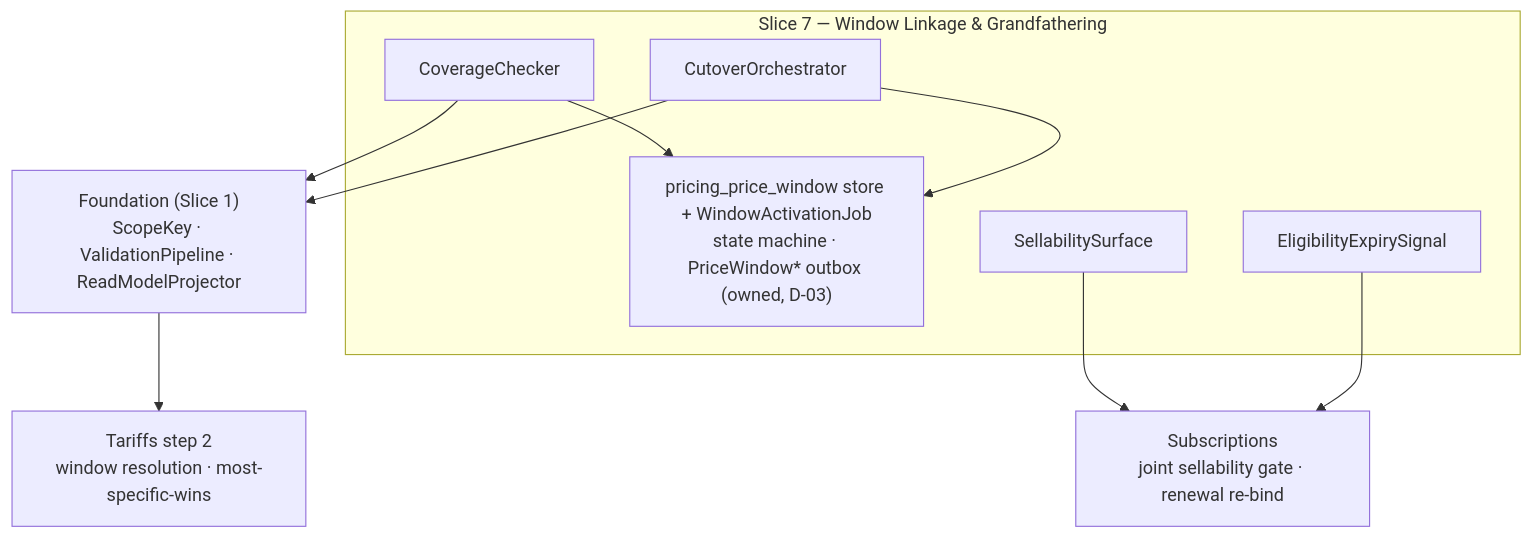
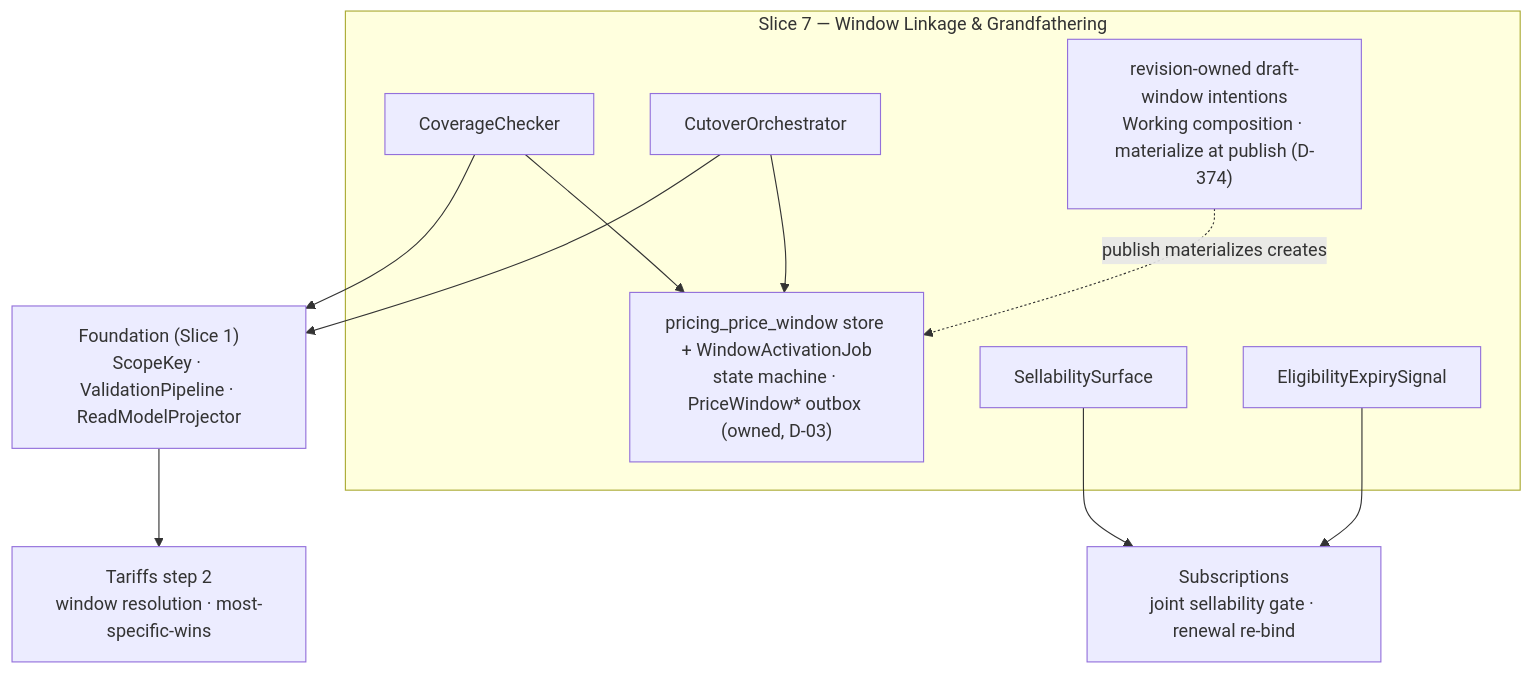
One commit to diffora/gears-rust changed the diagram in gears/bss/pricing/docs/design/07-pricewindow-linkage.md. Above: the diagram before and after it, drawn with Mermaid. The commit also changed other lines of this file and 13 other files, not shown here.

First line of the commit message:
docs(pricing): define revision-owned draft windows

````diff
--- a/gears/bss/pricing/docs/design/07-pricewindow-linkage.md
+++ b/gears/bss/pricing/docs/design/07-pricewindow-linkage.md
@@ -139,20 +144,22 @@
 ```mermaid
 flowchart TB
     subgraph s7["Slice 7 — Window Linkage & Grandfathering"]
         WT["pricing_price_window store + WindowActivationJob<br/>state machine · PriceWindow* outbox (owned, D-03)"]
+        DW["revision-owned draft-window intentions<br/>Working composition · materialize at publish (D-374)"]
         CC["CoverageChecker"]
         SS["SellabilitySurface"]
         CO["CutoverOrchestrator"]
         ES["EligibilityExpirySignal"]
     end
     FND["Foundation (Slice 1)<br/>ScopeKey · ValidationPipeline · ReadModelProjector"]
     SUB["Subscriptions<br/>joint sellability gate · renewal re-bind"]
     TRF["Tariffs step 2<br/>window resolution · most-specific-wins"]
     CC --> WT
     CO --> WT
+    DW -.->|publish materializes creates| WT
     CC --> FND
     CO --> FND
     FND --> TRF
     SS --> SUB
     ES --> SUB
 ```
````
